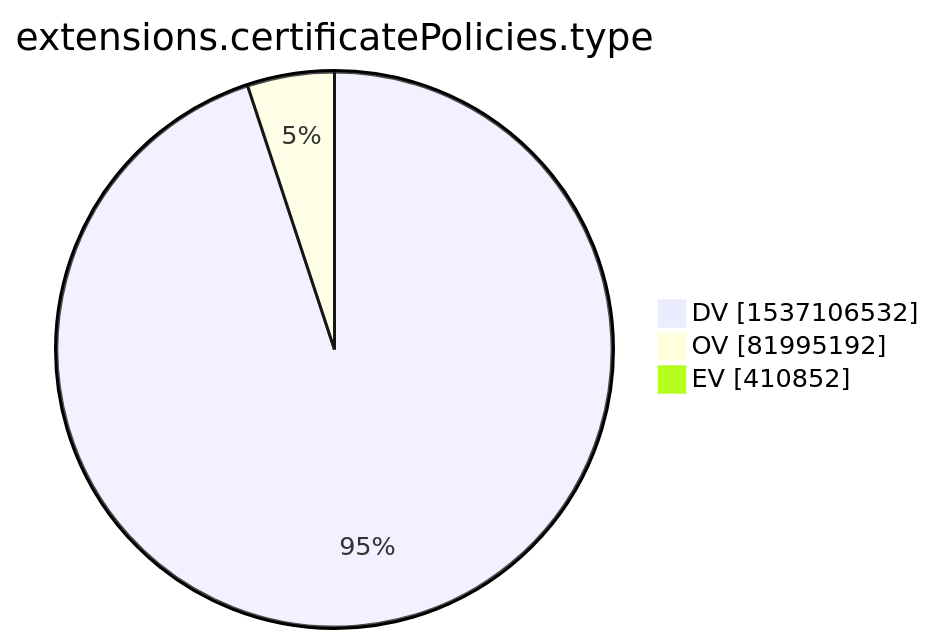
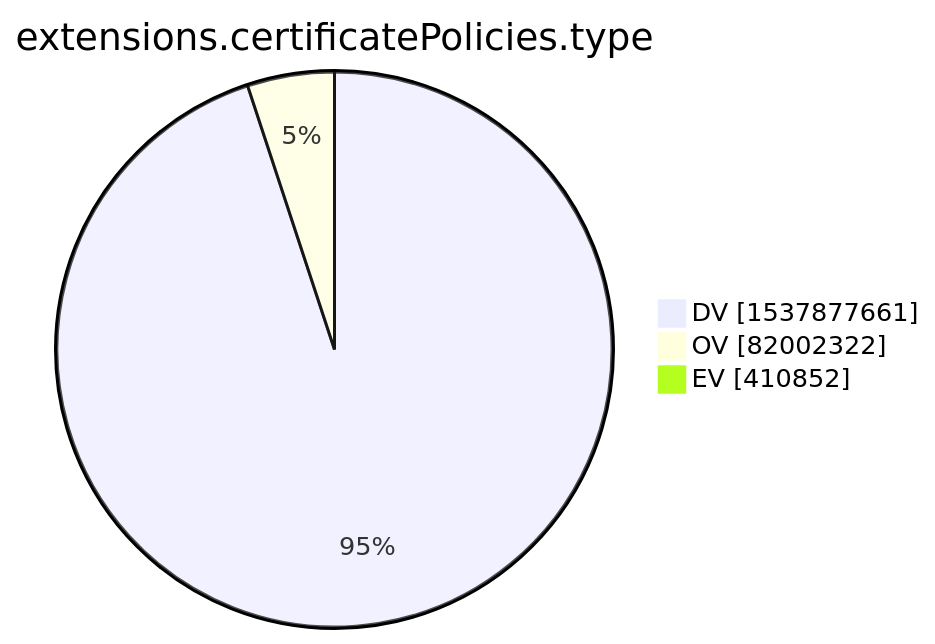
Before and after one commit to christiankrug/ctmonitor_visualization: the tenth of 15 diagrams in xenon2022/README.md, drawn with Mermaid. The commit also changed other lines of this file, not shown here.

````diff
--- a/xenon2022/README.md
+++ b/xenon2022/README.md
@@ -2876,7 +2876,7 @@
 ```mermaid
 pie showData
 title extensions.certificatePolicies.type
-"DV" :1537106532
-"OV" :81995192
+"DV" :1537877661
+"OV" :82002322
 "EV" :410852
 ```
````
